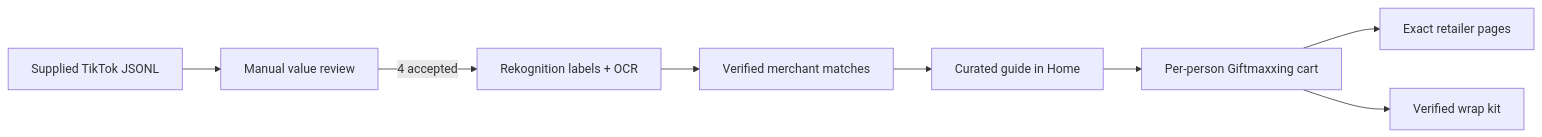
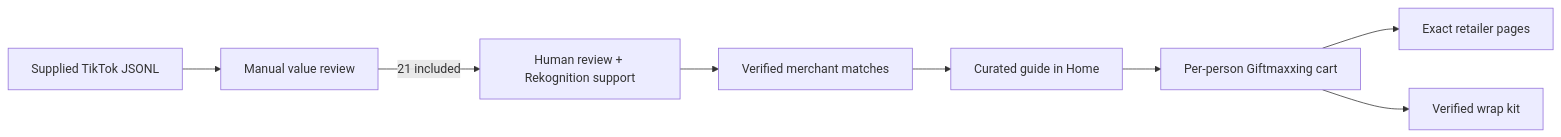
The diagram in docs/curated-commerce-pilot.md (Tar-ive/giftmaxxing-mobile), drawn with Mermaid before and after one commit. The commit also changed other lines of this file and 138 other files, not shown here.

````diff
--- a/docs/curated-commerce-pilot.md
+++ b/docs/curated-commerce-pilot.md
@@ -69,10 +72,10 @@
 ```mermaid
 flowchart LR
     Export["Supplied TikTok JSONL"] --> Review["Manual value review"]
-    Review -->|4 accepted| Evidence["Rekognition labels + OCR"]
+    Review -->|21 included| Evidence["Human review + Rekognition support"]
     Evidence --> Match["Verified merchant matches"]
     Match --> Guide["Curated guide in Home"]
     Guide --> Cart["Per-person Giftmaxxing cart"]
     Cart --> Retailers["Exact retailer pages"]
     Cart --> Wrap["Verified wrap kit"]
 ```
````
